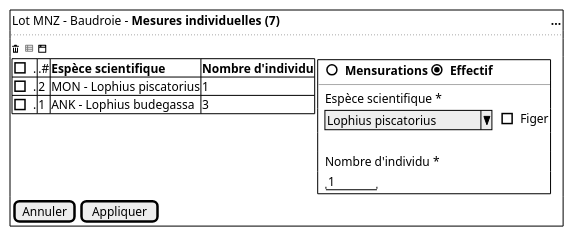
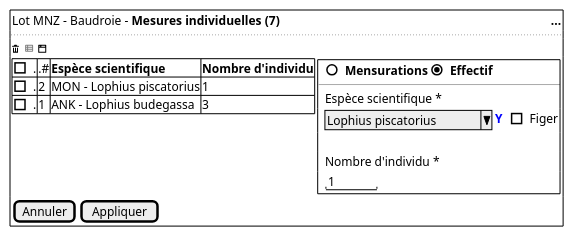
The diagram in projects/common/spe/images/individual-measures-effective.puml (sumaris-net/sumaris-doc), drawn with PlantUML before and after one commit. The commit also changed 9 other files, not shown here.

```diff
--- a/projects/common/spe/images/individual-measures-effective.puml
+++ b/projects/common/spe/images/individual-measures-effective.puml
@@ -1,28 +1,28 @@
 @startsalt
  {+
   { Lot MNZ - Baudroie - <b>Mesures individuelles (7) | . | . |. |. |. |. |. |. |. |. |. |. |. |. |. |. |. |. |. |. |. |. |. |. |. |. |. |. |. |. |. |. |. |. |. |. |. |. |. |. |. |. |. |. |. |. |. |. |. |. |. | <b> ...}
   ..
   <&trash> <color:grey><&spreadsheet></color> <&browser>
 
   {
 	{#
       [].| .# | <b>Espèce scientifique | <b>Nombre d'individu
       [].| 2 | MON - Lophius piscatorius |  1
       [].| 1 | ANK - Lophius budegassa   |  3
     } |
 
     {
       {+
         { | . | ()  <b>Mensurations | (X)  <b>Effectif | . | . | . | . | . }
         --
         { | . | Espèce scientifique *  | . }
-        { | . | ^Lophius piscatorius^   | .  | [ ] Figer }
+        { | . | ^Lophius piscatorius^   |  <color:blue><b>Y  | . | [ ] Figer }
         .
         { | . | Nombre d'individu * | .  }
         { | . | "   1  "  | .   }
         }
      }
     }
     {[Annuler] | [Appliquer]}
   }
 @endsalt
```
